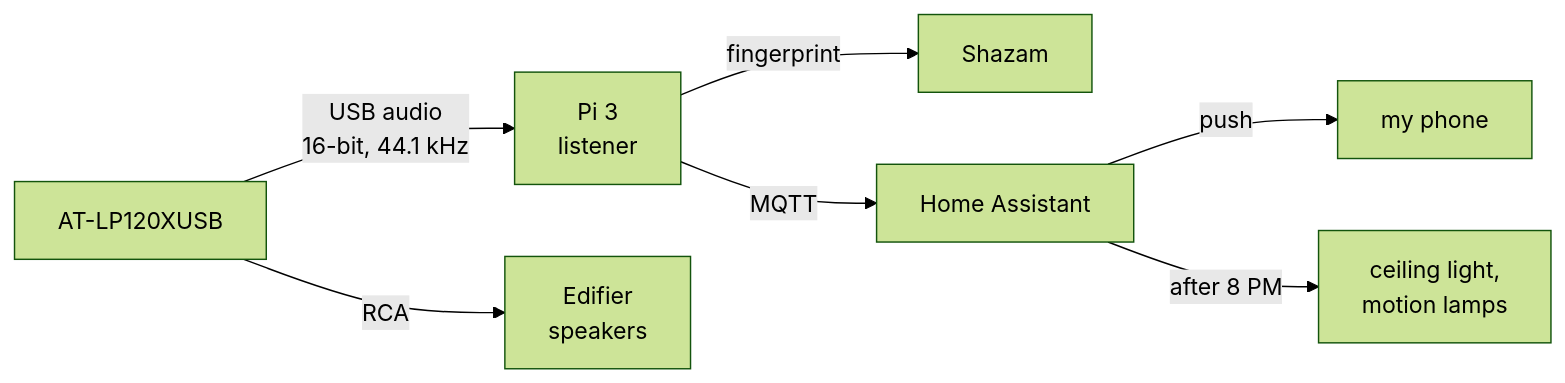
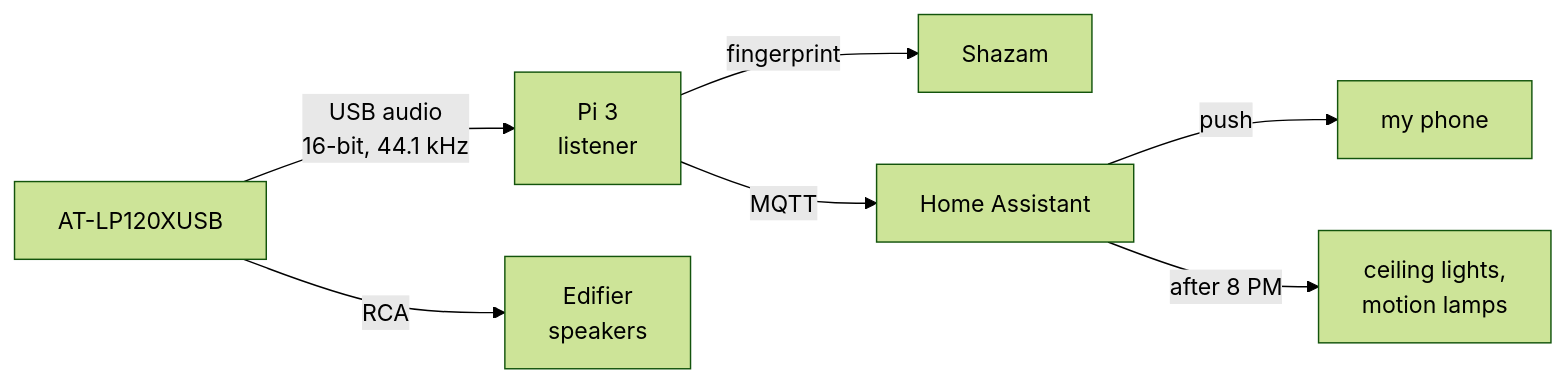
Before and after one commit to dcwfz9/derek-engineer: the first of 2 diagrams in content/posts/spare-pi-listens-to-my-turntable/index.md, drawn with Mermaid (forest theme). The commit also changed other lines of this file, not shown here.

Commit message:
Turntable post: kitchen ceiling off too

````diff
--- a/content/posts/spare-pi-listens-to-my-turntable/index.md
+++ b/content/posts/spare-pi-listens-to-my-turntable/index.md
@@ -26,9 +26,9 @@
 ```mermaid
 flowchart LR
     DECK["AT-LP120XUSB"] -->|"USB audio\n16-bit, 44.1 kHz"| PI["Pi 3\nlistener"]
     DECK -->|"RCA"| SPK["Edifier\nspeakers"]
     PI -->|"fingerprint"| SHZ["Shazam"]
     PI -->|"MQTT"| HA["Home Assistant"]
     HA -->|"push"| PHONE["my phone"]
-    HA -->|"after 8 PM"| ROOM["ceiling light,\nmotion lamps"]
+    HA -->|"after 8 PM"| ROOM["ceiling lights,\nmotion lamps"]
 ```
````
